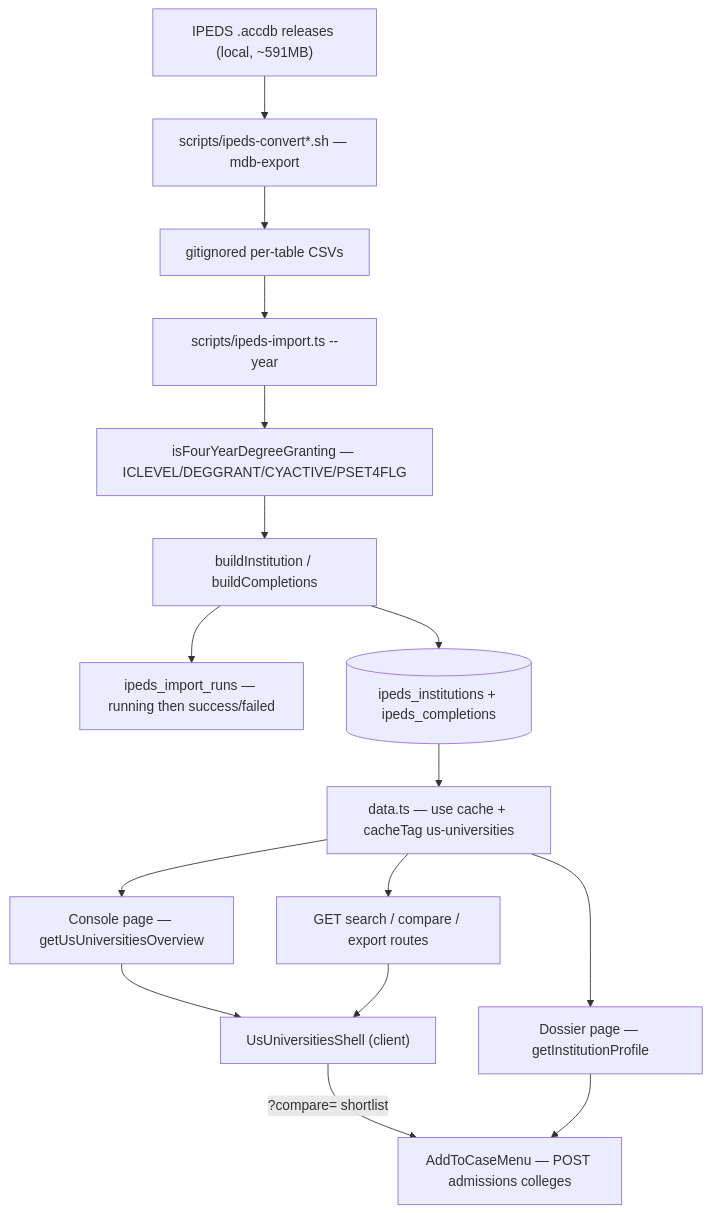
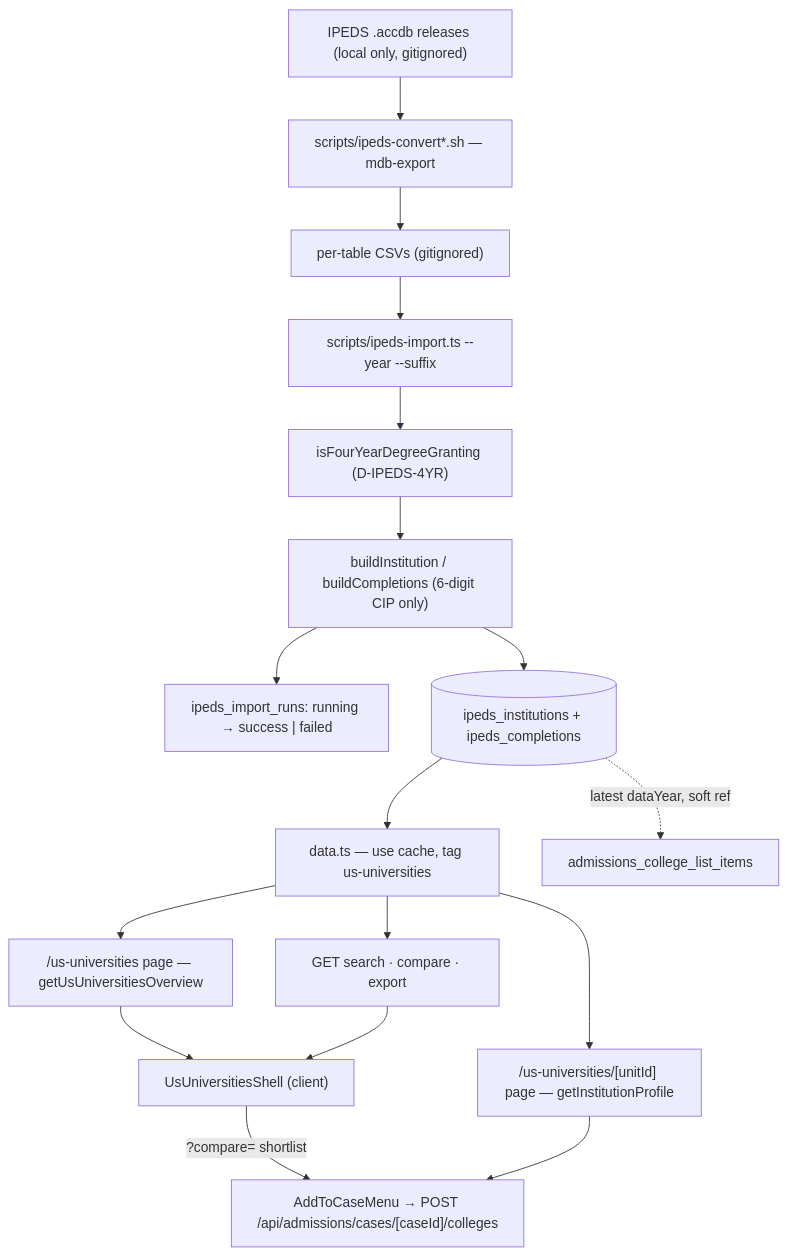
One commit to kasheesh711/bgscheduler changed the diagram in docs/features/us-universities.md. Above: the diagram before and after it, drawn with Mermaid. The commit also changed other lines of this file and 95 other files, not shown here.

````diff
--- a/docs/features/us-universities.md
+++ b/docs/features/us-universities.md
@@ -71,19 +75,20 @@
 ```mermaid
 flowchart TD
-    ACCDB["IPEDS .accdb releases (local, ~591MB)"] --> CONVERT["scripts/ipeds-convert*.sh — mdb-export"]
-    CONVERT --> CSV["gitignored per-table CSVs"]
-    CSV --> IMPORT["scripts/ipeds-import.ts --year"]
-    IMPORT --> FILTER["isFourYearDegreeGranting — ICLEVEL/DEGGRANT/CYACTIVE/PSET4FLG"]
-    FILTER --> BUILD["buildInstitution / buildCompletions"]
-    BUILD --> RUN["ipeds_import_runs — running then success/failed"]
+    ACCDB["IPEDS .accdb releases (local only, gitignored)"] --> CONVERT["scripts/ipeds-convert*.sh — mdb-export"]
+    CONVERT --> CSV["per-table CSVs (gitignored)"]
+    CSV --> IMPORT["scripts/ipeds-import.ts --year --suffix"]
+    IMPORT --> GATE["isFourYearDegreeGranting (D-IPEDS-4YR)"]
+    GATE --> BUILD["buildInstitution / buildCompletions (6-digit CIP only)"]
+    BUILD --> RUN["ipeds_import_runs: running → success | failed"]
     BUILD --> TABLES[("ipeds_institutions + ipeds_completions")]
 
-    TABLES --> DATA["data.ts — use cache + cacheTag us-universities"]
-    DATA --> CONSOLE["Console page — getUsUniversitiesOverview"]
-    DATA --> DOSSIER["Dossier page — getInstitutionProfile"]
-    DATA --> ROUTES["GET search / compare / export routes"]
+    TABLES --> DATA["data.ts — use cache, tag us-universities"]
+    DATA --> CONSOLE["/us-universities page — getUsUniversitiesOverview"]
+    DATA --> DOSSIER["/us-universities/[unitId] page — getInstitutionProfile"]
+    DATA --> ROUTES["GET search · compare · export"]
     CONSOLE --> SHELL["UsUniversitiesShell (client)"]
     ROUTES --> SHELL
-    SHELL -->|"?compare= shortlist"| CASE["AddToCaseMenu — POST admissions colleges"]
+    SHELL -->|"?compare= shortlist"| CASE["AddToCaseMenu → POST /api/admissions/cases/[caseId]/colleges"]
     DOSSIER --> CASE
+    TABLES -. "latest dataYear, soft ref" .-> ADM["admissions_college_list_items"]
 ```
````
